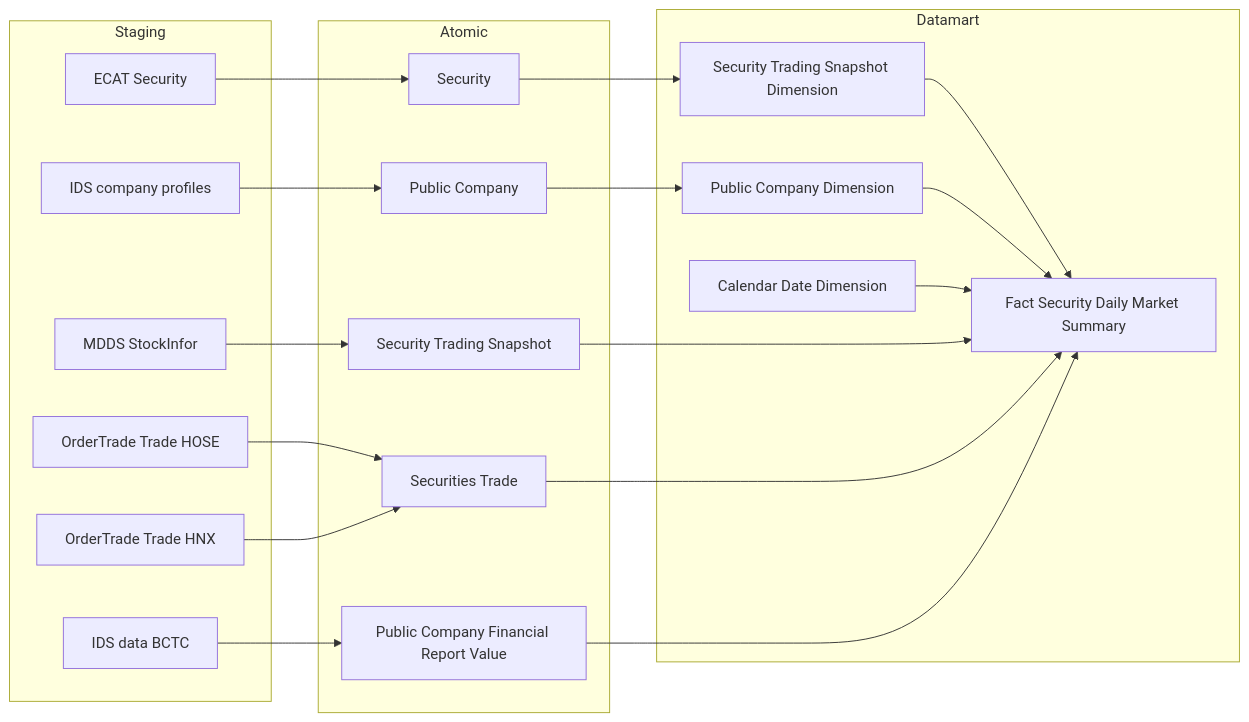
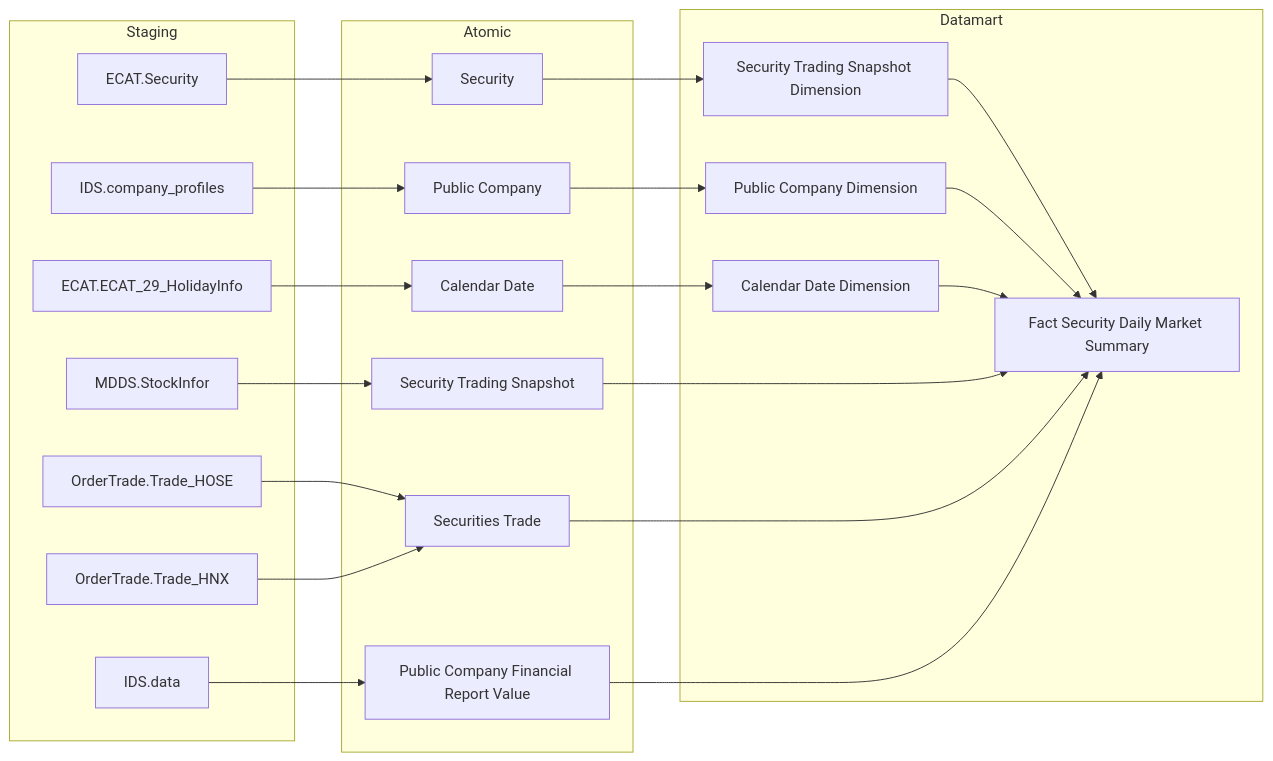
One commit to linhlvit/ubck_atomic_design changed the first of 16 diagrams in Datamart/hld/DTM_GSTT_HLD.md. Above: the diagram before and after it, drawn with Mermaid. The commit also changed other lines of this file and 1 other file, not shown here.

````diff
--- a/Datamart/hld/DTM_GSTT_HLD.md
+++ b/Datamart/hld/DTM_GSTT_HLD.md
@@ -14,38 +14,42 @@
 ```mermaid
 flowchart LR
     subgraph SRC["Staging"]
-        S1A["MDDS StockInfor"]
-        S1B["OrderTrade Trade HOSE"]
-        S1C["OrderTrade Trade HNX"]
-        S1D["IDS data BCTC"]
-        S1E["ECAT Security"]
-        S1F["IDS company profiles"]
+        S1A["MDDS.StockInfor"]
+        S1B["OrderTrade.Trade_HOSE"]
+        S1C["OrderTrade.Trade_HNX"]
+        S1D["IDS.data"]
+        S1E["ECAT.Security"]
+        S1F["IDS.company_profiles"]
+        S1G["ECAT.ECAT_29_HolidayInfo"]
     end
     subgraph SIL["Atomic"]
         A1A["Security Trading Snapshot"]
         A1B["Securities Trade"]
         A1C["Public Company Financial Report Value"]
         A1D["Security"]
         A1E["Public Company"]
+        A1F["Calendar Date"]
     end
     subgraph GOLD["Datamart"]
-        D1["Security Trading Snapshot Dimension"]
-        D2["Public Company Dimension"]
-        D5["Calendar Date Dimension"]
-        F1["Fact Security Daily Market Summary"]
-        D1 --> F1
-        D2 --> F1
-        D5 --> F1
+        scr_tdg_snpst_dim["Security Trading Snapshot Dimension"]
+        pblc_co_dim["Public Company Dimension"]
+        cdr_dt_dim["Calendar Date Dimension"]
+        fct_scr_dly_mkt_smry["Fact Security Daily Market Summary"]
+        scr_tdg_snpst_dim --> fct_scr_dly_mkt_smry
+        pblc_co_dim --> fct_scr_dly_mkt_smry
+        cdr_dt_dim --> fct_scr_dly_mkt_smry
     end
     S1A --> A1A
     S1B --> A1B
     S1C --> A1B
     S1D --> A1C
     S1E --> A1D
     S1F --> A1E
-    A1A --> F1
-    A1B --> F1
-    A1C --> F1
-    A1D --> D1
-    A1E --> D2
+    S1G --> A1F
+    A1A --> fct_scr_dly_mkt_smry
+    A1B --> fct_scr_dly_mkt_smry
+    A1C --> fct_scr_dly_mkt_smry
+    A1D --> scr_tdg_snpst_dim
+    A1E --> pblc_co_dim
+    A1F --> cdr_dt_dim
 ```
````
